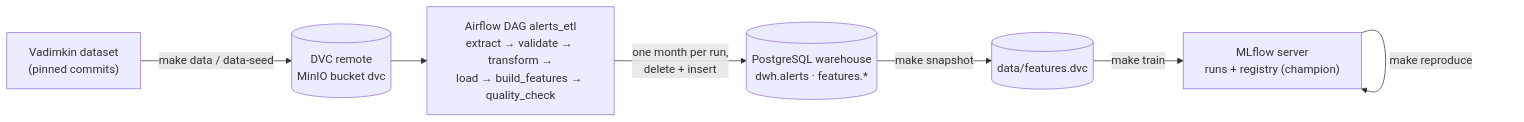
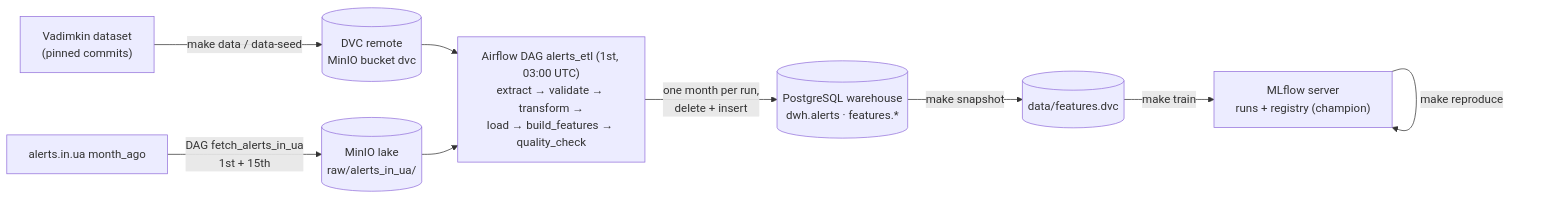
The diagram in README.md (kvitoslava-yarish/mlops-2026), drawn with Mermaid before and after one commit. The commit also changed other lines of this file and 22 other files, not shown here.

````diff
--- a/README.md
+++ b/README.md
@@ -59,9 +61,11 @@
 ```mermaid
 flowchart LR
     gh["Vadimkin dataset<br/>(pinned commits)"] -- "make data / data-seed" --> dvc[("DVC remote<br/>MinIO bucket dvc")]
-    dvc --> dag["Airflow DAG alerts_etl<br/>extract → validate → transform →<br/>load → build_features → quality_check"]
+    aiu["alerts.in.ua month_ago"] -- "DAG fetch_alerts_in_ua<br/>1st + 15th" --> lake[("MinIO lake<br/>raw/alerts_in_ua/")]
+    dvc --> dag["Airflow DAG alerts_etl (1st, 03:00 UTC)<br/>extract → validate → transform →<br/>load → build_features → quality_check"]
+    lake --> dag
     dag -- "one month per run,<br/>delete + insert" --> pg[("PostgreSQL warehouse<br/>dwh.alerts · features.*")]
     pg -- "make snapshot" --> snap[("data/features.dvc")]
     snap -- "make train" --> mlf["MLflow server<br/>runs + registry (champion)"]
     mlf -- "make reproduce" --> mlf
 ```
````
